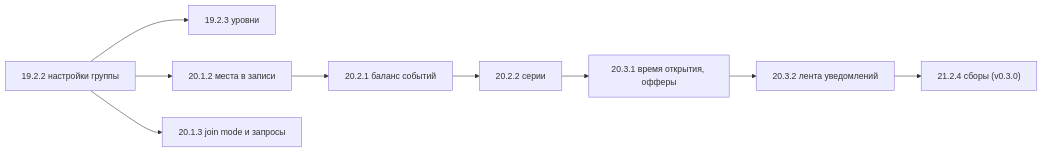
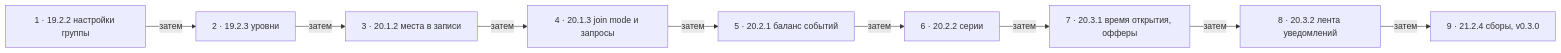
Before and after one commit to trafficolog/volleytime: the third of 3 diagrams in docs/architecture/ADR-v3-domain.md, drawn with Mermaid. The commit also changed other lines of this file and 6 other files, not shown here.

````diff
--- a/docs/architecture/ADR-v3-domain.md
+++ b/docs/architecture/ADR-v3-domain.md
@@ -298,11 +340,11 @@
 ```mermaid
 flowchart LR
-  M1["19.2.2 настройки группы"] --> M2["19.2.3 уровни"]
-  M1 --> M3["20.1.2 места в записи"]
-  M1 --> M4["20.1.3 join mode и запросы"]
-  M3 --> M5["20.2.1 баланс событий"]
-  M5 --> M6["20.2.2 серии"]
-  M6 --> M7["20.3.1 время открытия, офферы"]
-  M7 --> M8["20.3.2 лента уведомлений"]
-  M8 --> M9["21.2.4 сборы (v0.3.0)"]
+  M1["1 · 19.2.2 настройки группы"] -->|затем| M2["2 · 19.2.3 уровни"]
+  M2 -->|затем| M3["3 · 20.1.2 места в записи"]
+  M3 -->|затем| M4["4 · 20.1.3 join mode и запросы"]
+  M4 -->|затем| M5["5 · 20.2.1 баланс событий"]
+  M5 -->|затем| M6["6 · 20.2.2 серии"]
+  M6 -->|затем| M7["7 · 20.3.1 время открытия, офферы"]
+  M7 -->|затем| M8["8 · 20.3.2 лента уведомлений"]
+  M8 -->|затем| M9["9 · 21.2.4 сборы, v0.3.0"]
 ```
````
